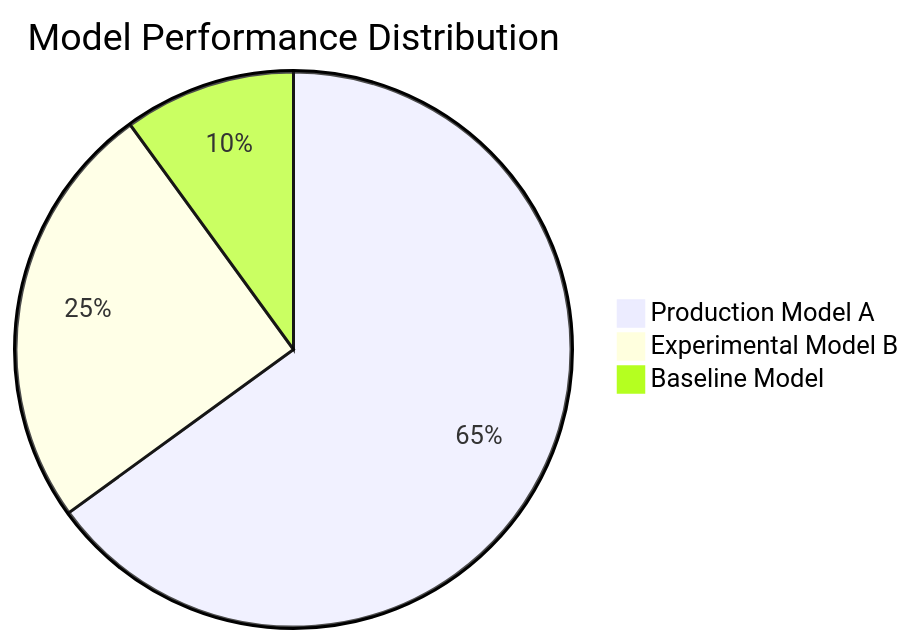
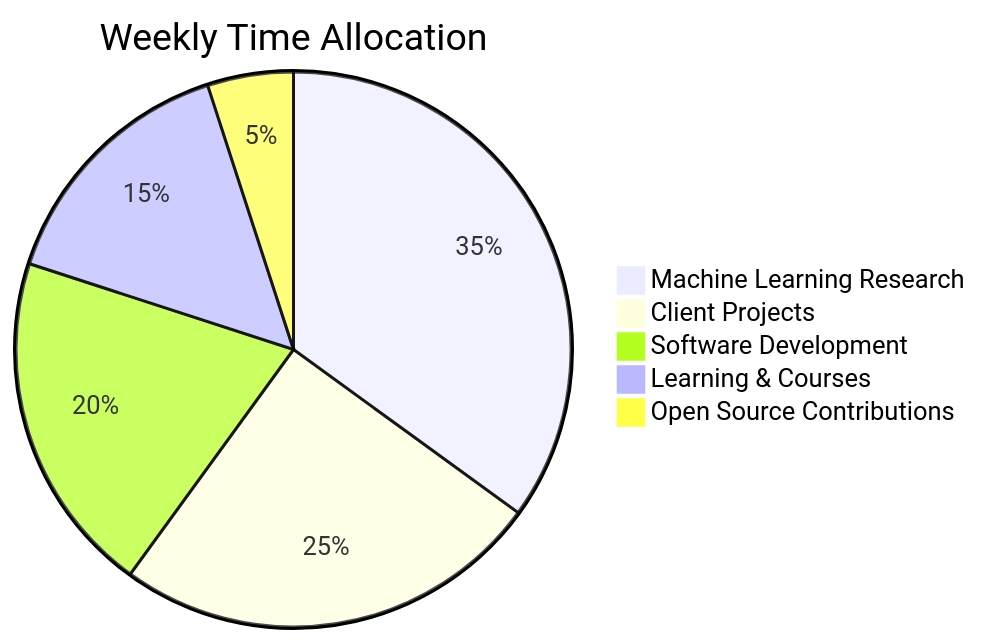
One commit to FestusMatsitsa/FestusMatsitsa changed the fifth of 5 diagrams in README.md. Above: the diagram before and after it, drawn with Mermaid. The commit also changed other lines of this file, not shown here.

````diff
--- a/README.md
+++ b/README.md
@@ -676,6 +646,8 @@
 ```mermaid
-pie title Model Performance Distribution
-    "Production Model A" : 65
-    "Experimental Model B" : 25
-    "Baseline Model" : 10
+pie title Weekly Time Allocation
+    "Machine Learning Research" : 35
+    "Client Projects" : 25
+    "Software Development" : 20
+    "Learning & Courses" : 15
+    "Open Source Contributions" : 5
 ```
````
